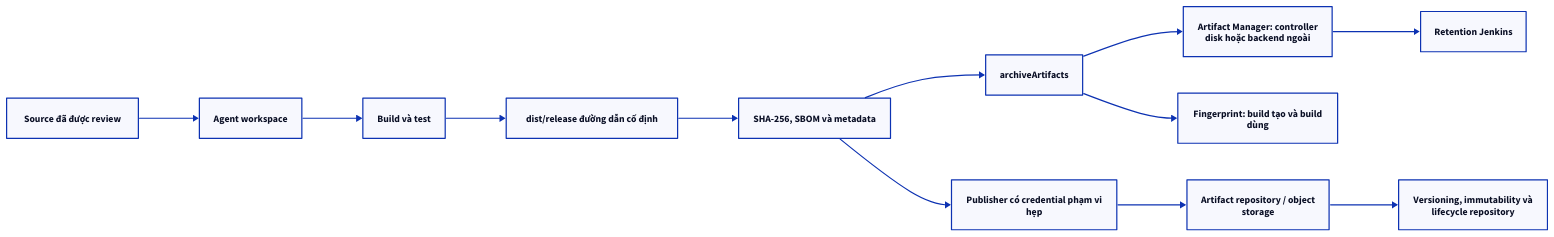
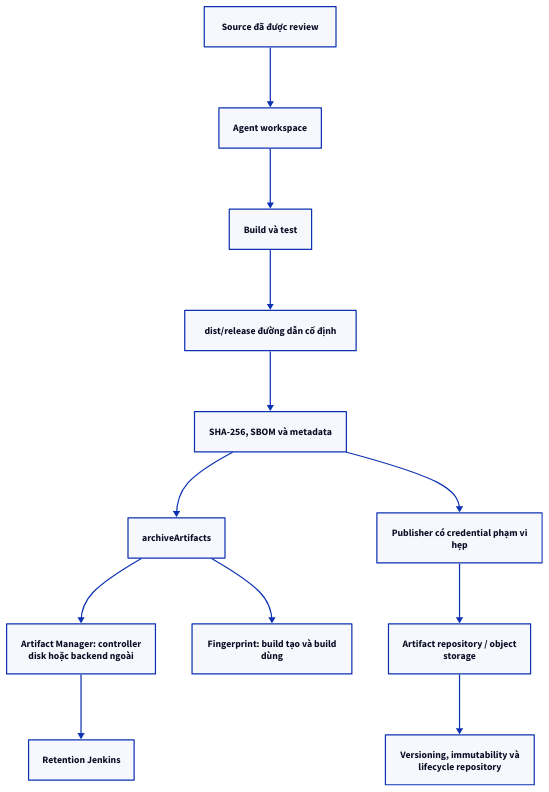
One commit to vanhiep99w/jenkins-learn changed the diagram in content/docs/jobs/artifacts.mdx. Above: the diagram before and after it, drawn with D2. The commit also changed 62 other files, not shown here.

Commit message:
fix: improve diagram layouts and inline readability

````diff
--- a/content/docs/jobs/artifacts.mdx
+++ b/content/docs/jobs/artifacts.mdx
@@ -57,27 +57,27 @@
-```d2 interactive title="Luồng artifact và ranh giới dữ liệu"
-direction: right
+```d2 interactive title="Luồng artifact và ranh giới dữ liệu" layout=elk
+direction: down
 A: "Source đã được review"
 B: "Agent workspace"
 C: "Build và test"
 D: "dist/release đường dẫn cố định"
 E: "SHA-256, SBOM và metadata"
 F: "archiveArtifacts"
 G: "Artifact Manager: controller\ndisk hoặc backend ngoài"
 H: "Publisher có credential phạm vi\nhẹp"
 I: "Artifact repository / object\nstorage"
 J: "Fingerprint: build tạo và build\ndùng"
 K: "Retention Jenkins"
 L: "Versioning, immutability và\nlifecycle repository"
 
 A -> B
 B -> C
 C -> D
 D -> E
 E -> F
 F -> G
 E -> H
 H -> I
 F -> J
 G -> K
 I -> L
 ```
````
